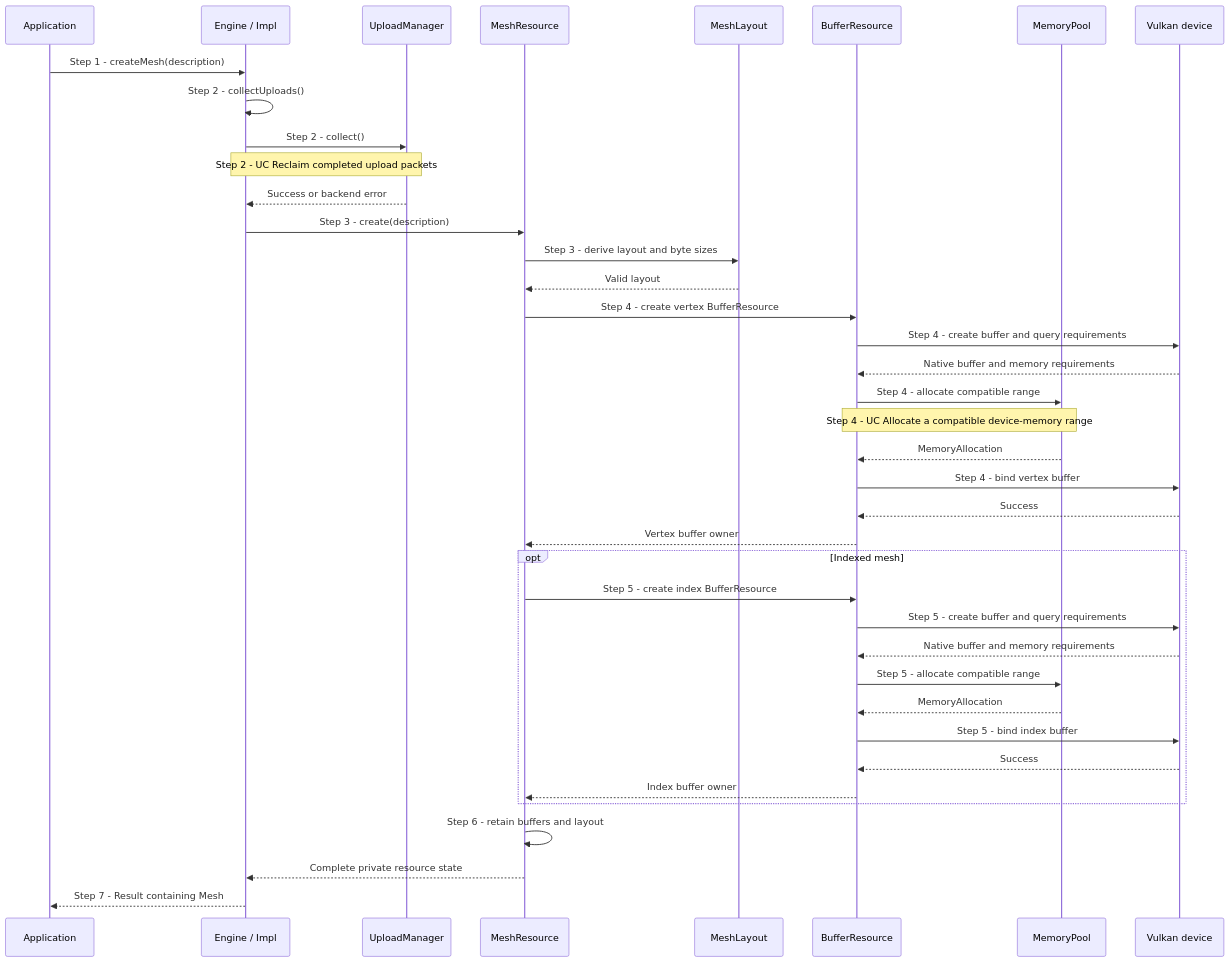
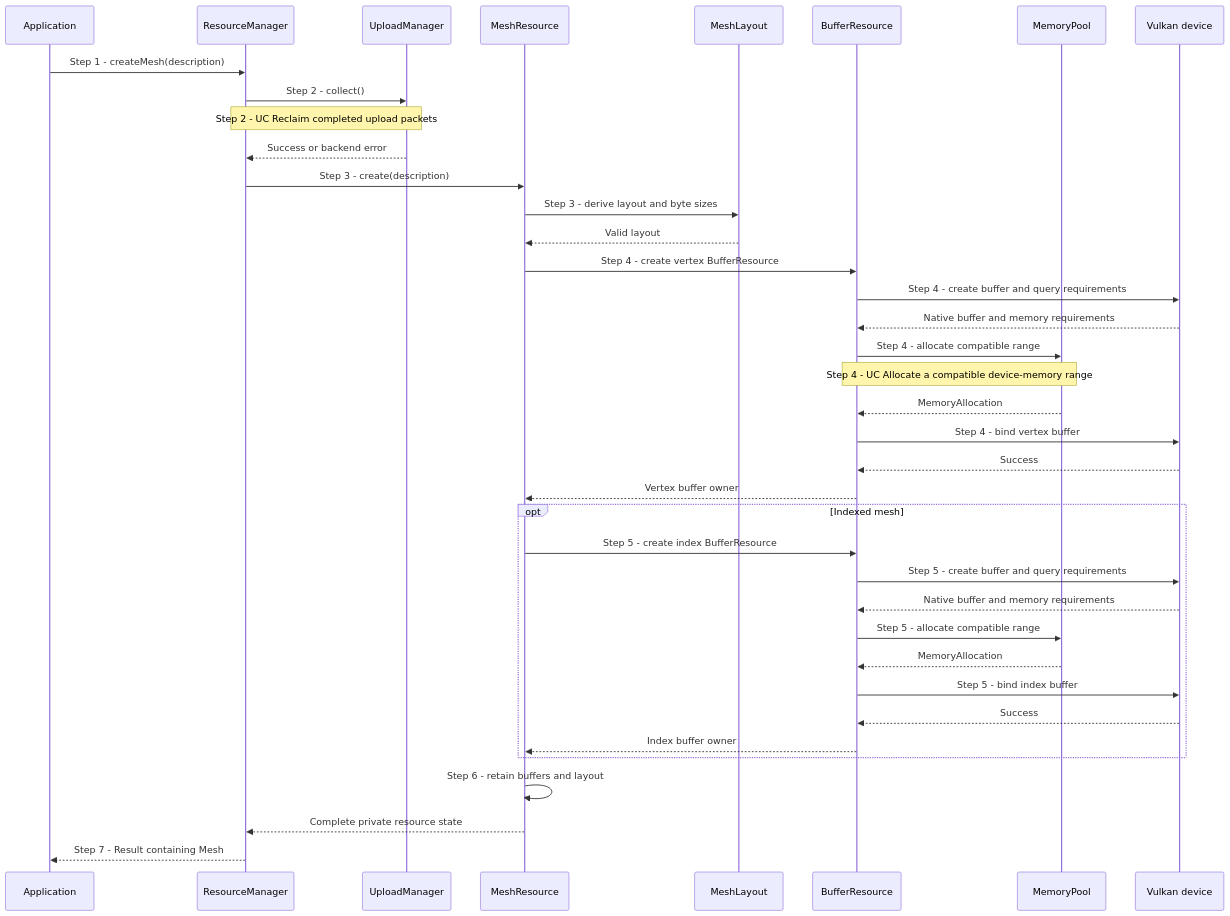
Before and after one commit to a-soltysik/Panda: the first of 2 diagrams in docs/use-cases/create-mesh.md, drawn with Mermaid. The commit also changed other lines of this file and 22 other files, not shown here.

Commit message:
Remove resource and submission callbacks into Engine (#123)

````diff
--- a/docs/use-cases/create-mesh.md
+++ b/docs/use-cases/create-mesh.md
@@ -59,41 +58,40 @@
 ```mermaid
 sequenceDiagram
     participant A as Application
-    participant C as Engine / Impl
+    participant C as ResourceManager
     participant U as UploadManager
     participant M as MeshResource
     participant L as MeshLayout
     participant B as BufferResource
     participant P as MemoryPool
     participant V as Vulkan device
     A ->> C: Step 1 - createMesh(description)
-    C ->> C: Step 2 - collectUploads()
     C ->> U: Step 2 - collect()
     Note over C,U: Step 2 - UC Reclaim completed upload packets
     U -->> C: Success or backend error
     C ->> M: Step 3 - create(description)
     M ->> L: Step 3 - derive layout and byte sizes
     L -->> M: Valid layout
     M ->> B: Step 4 - create vertex BufferResource
     B ->> V: Step 4 - create buffer and query requirements
     V -->> B: Native buffer and memory requirements
     B ->> P: Step 4 - allocate compatible range
     Note over B,P: Step 4 - UC Allocate a compatible device-memory range
     P -->> B: MemoryAllocation
     B ->> V: Step 4 - bind vertex buffer
     V -->> B: Success
     B -->> M: Vertex buffer owner
     opt Indexed mesh
         M ->> B: Step 5 - create index BufferResource
         B ->> V: Step 5 - create buffer and query requirements
         V -->> B: Native buffer and memory requirements
         B ->> P: Step 5 - allocate compatible range
         P -->> B: MemoryAllocation
         B ->> V: Step 5 - bind index buffer
         V -->> B: Success
         B -->> M: Index buffer owner
     end
     M ->> M: Step 6 - retain buffers and layout
     M -->> C: Complete private resource state
     C -->> A: Step 7 - Result containing Mesh
 ```
````
